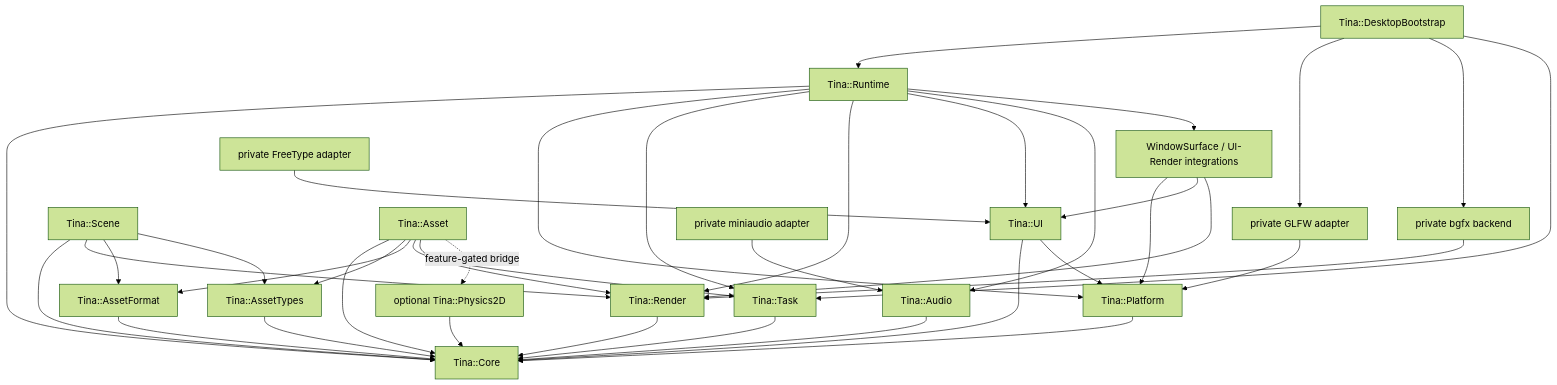
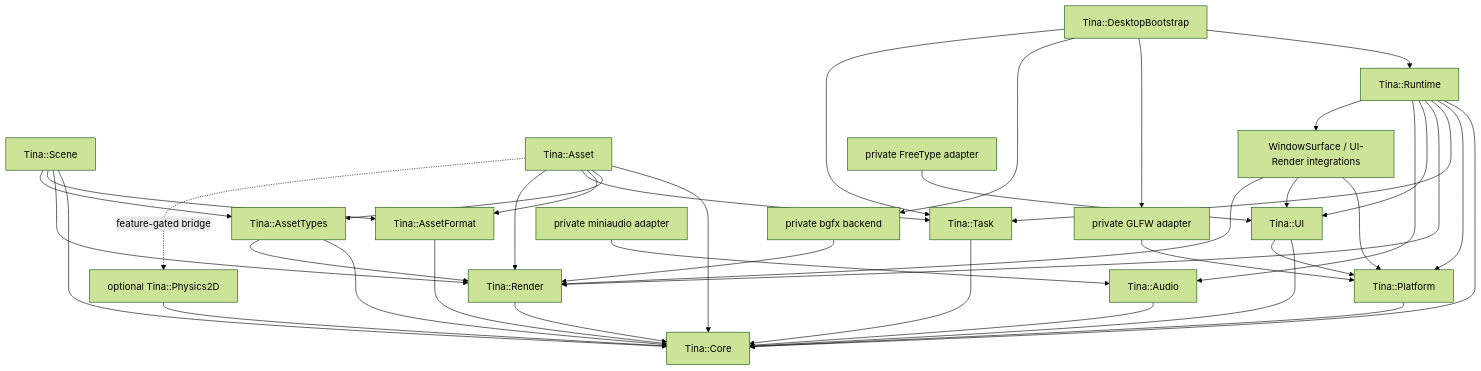
The diagram in docs/architecture.md (wuxianggujun/Tina), drawn with Mermaid (forest theme) before and after one commit. The commit also changed other lines of this file and 64 other files, not shown here.

````diff
--- a/docs/architecture.md
+++ b/docs/architecture.md
@@ -20,41 +20,42 @@
 ```mermaid
 flowchart TD
     Core["Tina::Core"]
     Platform["Tina::Platform"] --> Core
     Task["Tina::Task"] --> Core
     Render["Tina::Render"] --> Core
     Audio["Tina::Audio"] --> Core
     AssetFormat["Tina::AssetFormat"] --> Core
     UI["Tina::UI"] --> Core
     UI --> Platform
     Scene["Tina::Scene"] --> Core
     Scene --> Render
     Scene --> AssetFormat
     AssetTypes["Tina::AssetTypes"] --> Core
+    AssetTypes --> Render
     Scene --> AssetTypes
     Asset["Tina::Asset"] --> Core
     Asset --> AssetTypes
     Asset --> AssetFormat
     Asset --> Task
     Asset --> Render
     Runtime["Tina::Runtime"] --> Core
     Runtime --> Platform
     Runtime --> Task
     Runtime --> Render
     Runtime --> UI
     Runtime --> Audio
     Integrations["WindowSurface / UI-Render integrations"] --> Platform
     Integrations --> UI
     Integrations --> Render
     Runtime --> Integrations
     Desktop["Tina::DesktopBootstrap"] --> Runtime
     Glfw["private GLFW adapter"] --> Platform
     Bgfx["private bgfx backend"] --> Render
     FreeType["private FreeType adapter"] --> UI
     Miniaudio["private miniaudio adapter"] --> Audio
     Desktop --> Glfw
     Desktop --> Bgfx
     Desktop --> Task
     Physics2D["optional Tina::Physics2D"] --> Core
     Asset -. "feature-gated bridge" .-> Physics2D
 ```
````
